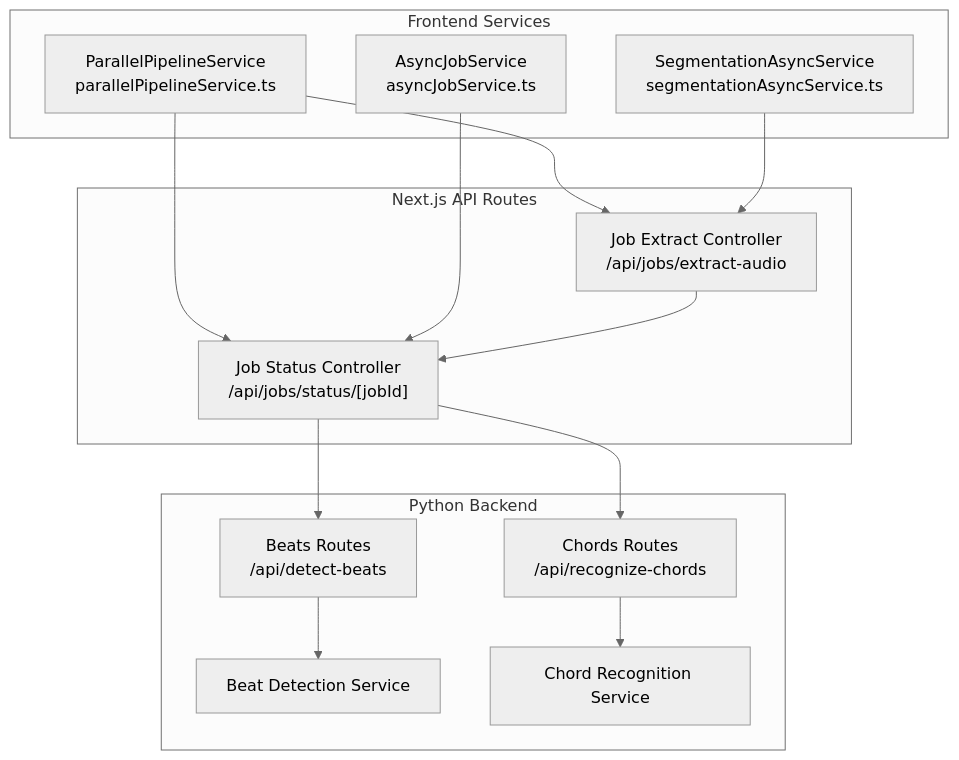
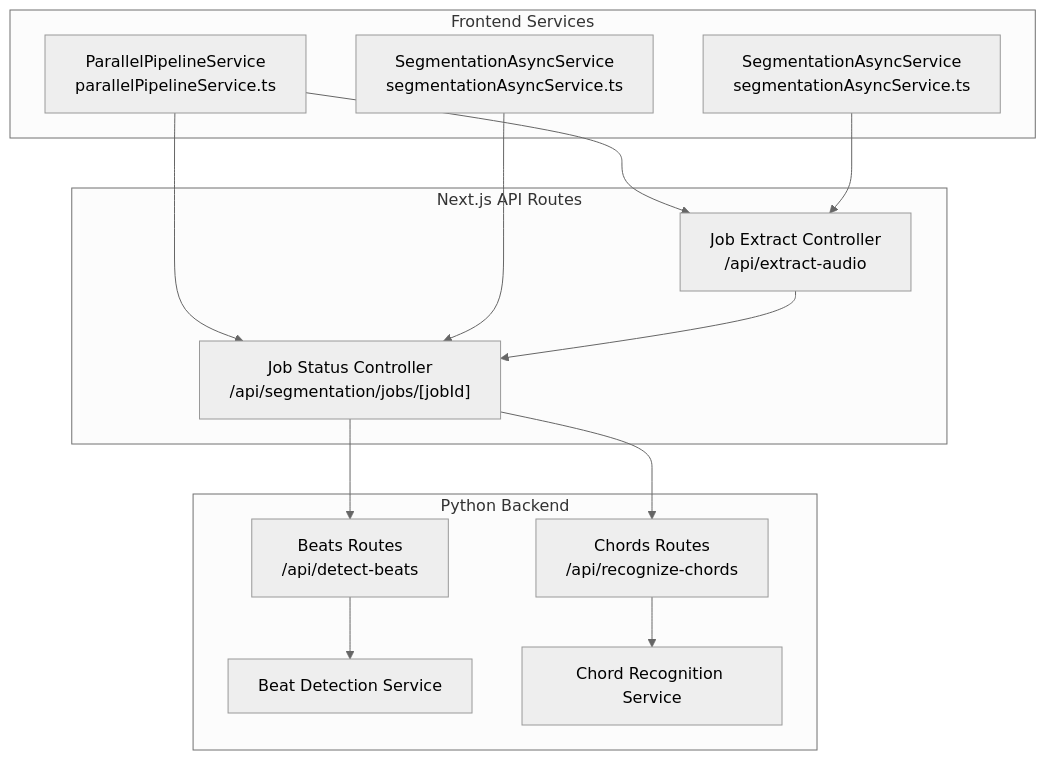
The first of 7 diagrams in .qoder/repowiki/en/content/Frontend Application/API Integration and Service Layer/Parallel Pipeline Service.md (ptnghia-j/ChordMiniApp), drawn with Mermaid (neutral theme) before and after one commit. The commit also changed other lines of this file and 60 other files, not shown here.

````diff
--- a/.qoder/repowiki/en/content/Frontend Application/API Integration and Service Layer/Parallel Pipeline Service.md
+++ b/.qoder/repowiki/en/content/Frontend Application/API Integration and Service Layer/Parallel Pipeline Service.md
@@ -36,27 +36,27 @@
 ```mermaid
 graph TB
 subgraph "Frontend Services"
 PPS["ParallelPipelineService<br/>parallelPipelineService.ts"]
-AJS["AsyncJobService<br/>asyncJobService.ts"]
+AJS["SegmentationAsyncService<br/>segmentationAsyncService.ts"]
 SAS["SegmentationAsyncService<br/>segmentationAsyncService.ts"]
 end
 subgraph "Next.js API Routes"
-JSC["Job Status Controller<br/>/api/jobs/status/[jobId]"]
-JEC["Job Extract Controller<br/>/api/jobs/extract-audio"]
+JSC["Job Status Controller<br/>/api/segmentation/jobs/[jobId]"]
+JEC["Job Extract Controller<br/>/api/extract-audio"]
 end
 subgraph "Python Backend"
 BR["Beats Routes<br/>/api/detect-beats"]
 CR["Chords Routes<br/>/api/recognize-chords"]
 BDS["Beat Detection Service"]
 CRS["Chord Recognition Service"]
 end
 PPS --> JEC
 PPS --> JSC
 AJS --> JSC
 SAS --> JEC
 JEC --> JSC
 JSC --> BR
 JSC --> CR
 BR --> BDS
 CR --> CRS
 ```
````
